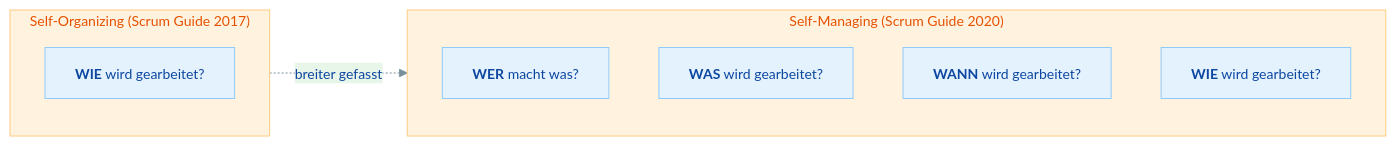
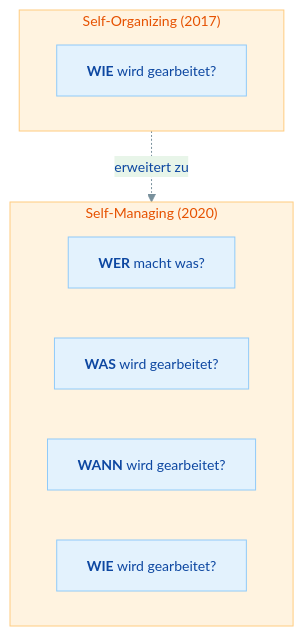
The third of 3 diagrams in docs/modul-3/zusatzmaterial/scrum/02-scrum-team.md (JacobMenge/kurs-25-06), drawn with Mermaid before and after one commit. The commit also changed 4 other files, not shown here.

First line of the commit message:
Mermaid-Diagramme in Scrum-Material bereinigen

````diff
--- a/docs/modul-3/zusatzmaterial/scrum/02-scrum-team.md
+++ b/docs/modul-3/zusatzmaterial/scrum/02-scrum-team.md
@@ -242,18 +242,14 @@
 ```mermaid
 %%{init: {'theme': 'base', 'themeVariables': {'primaryColor': '#e3f2fd', 'primaryTextColor': '#0d47a1', 'primaryBorderColor': '#90caf9', 'secondaryColor': '#e8f5e9', 'secondaryTextColor': '#1b5e20', 'secondaryBorderColor': '#a5d6a7', 'tertiaryColor': '#fff3e0', 'tertiaryTextColor': '#e65100', 'tertiaryBorderColor': '#ffcc80', 'lineColor': '#78909c', 'fontSize': '14px'}}}%%
-graph LR
-    subgraph sm2020 ["Self-Managing (Scrum Guide 2020)"]
-        direction TB
+graph TD
+    subgraph so2017 ["Self-Organizing (2017)"]
+        O1["<b>WIE</b> wird gearbeitet?"]
+    end
+    subgraph sm2020 ["Self-Managing (2020)"]
         W1["<b>WER</b> macht was?"]
         W2["<b>WAS</b> wird gearbeitet?"]
         W3["<b>WANN</b> wird gearbeitet?"]
         W4["<b>WIE</b> wird gearbeitet?"]
     end
-
-    subgraph so2017 ["Self-Organizing (Scrum Guide 2017)"]
-        direction TB
-        O1["<b>WIE</b> wird gearbeitet?"]
-    end
-
-    so2017 -.->|"breiter gefasst"| sm2020
+    so2017 -.->|"erweitert zu"| sm2020
 ```
````
